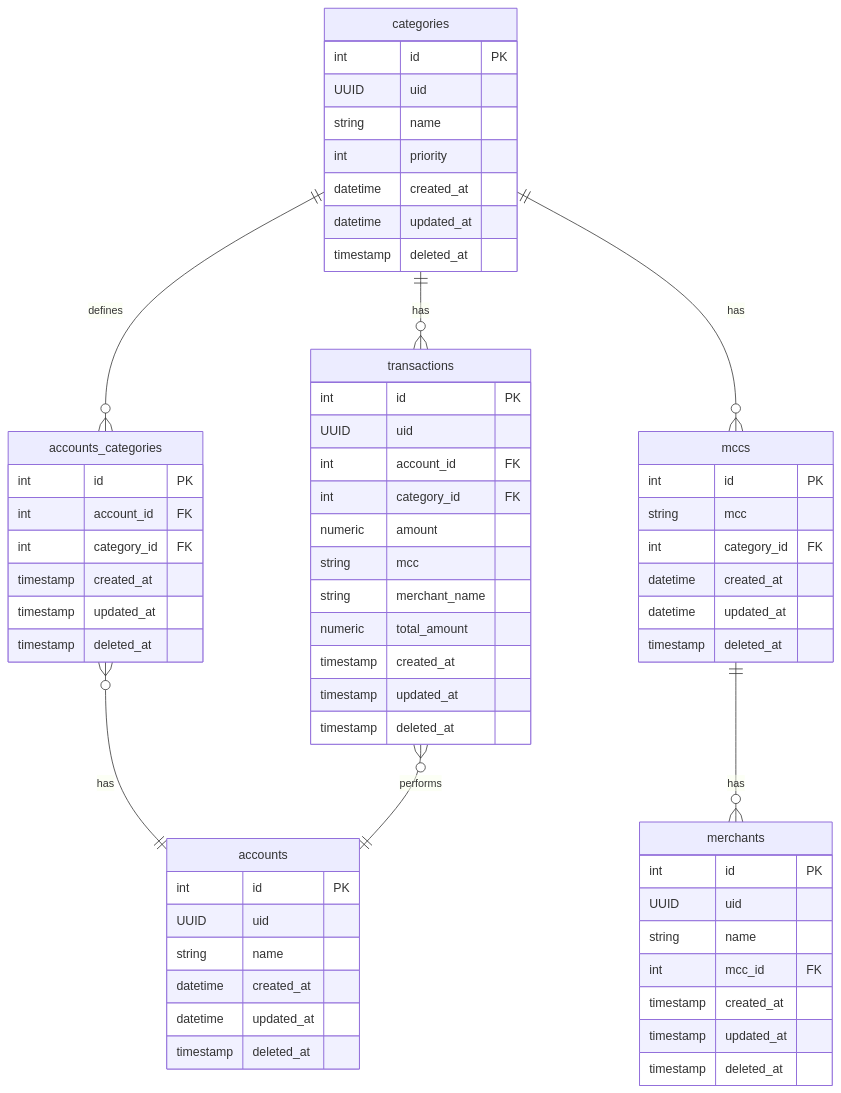
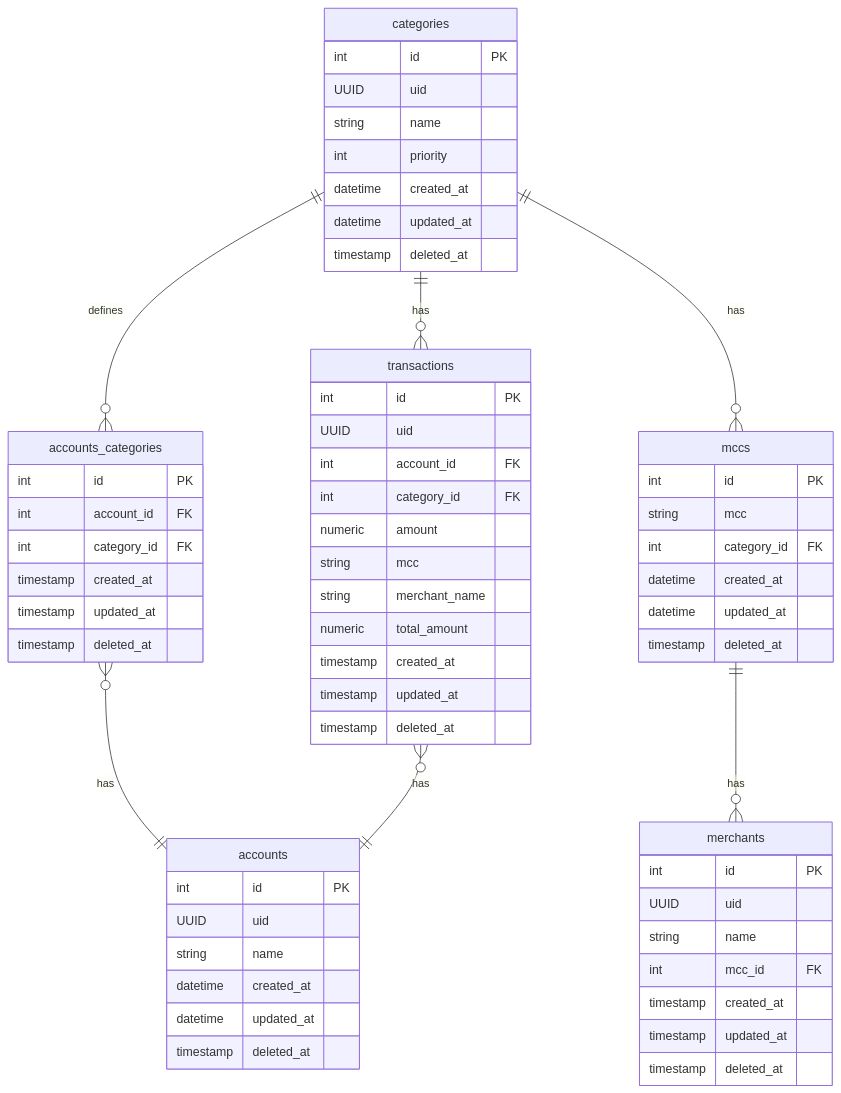
Before and after one commit to jtonynet/go-payments-api: the second of 2 diagrams in docs/architecture/decisions/0004-banco-relacional-modelado-de-maneira-orientada-a-eventos.md, drawn with Mermaid. The commit also changed other lines of this file and 22 other files, not shown here.

````diff
--- a/docs/architecture/decisions/0004-banco-relacional-modelado-de-maneira-orientada-a-eventos.md
+++ b/docs/architecture/decisions/0004-banco-relacional-modelado-de-maneira-orientada-a-eventos.md
@@ -103,73 +103,73 @@
 ```mermaid
 erDiagram
 
     accounts_categories {
         int id PK
         int account_id FK
         int category_id FK
         timestamp created_at
         timestamp updated_at
         timestamp deleted_at
     }
 
     merchants {
         int id PK
         UUID uid
         string name
         int mcc_id FK
         timestamp created_at
         timestamp updated_at
         timestamp deleted_at
     }
 
     transactions {
         int id PK
         UUID uid
         int account_id FK
         int category_id FK
         numeric amount
         string mcc
         string merchant_name
         numeric total_amount
         timestamp created_at
         timestamp updated_at
         timestamp deleted_at
     }
 
    mccs {
         int id PK
         string mcc
         int category_id FK
         datetime created_at
         datetime updated_at
         timestamp deleted_at
     }
 
     categories {
         int id PK
         UUID uid
         string name
         int priority
         datetime created_at
         datetime updated_at
         timestamp deleted_at
     }
     
     accounts {
         int id PK
         UUID uid
         string name
         datetime created_at
         datetime updated_at
         timestamp deleted_at
     }
 
     categories ||--o{ transactions : has
     categories ||--o{ mccs : has
     categories ||--o{ accounts_categories : defines
     mccs ||--o{ merchants : has
 
     accounts_categories }o--|| accounts : has
-    transactions }o--|| accounts : performs
+    transactions }o--|| accounts : has
 
 ```
````
